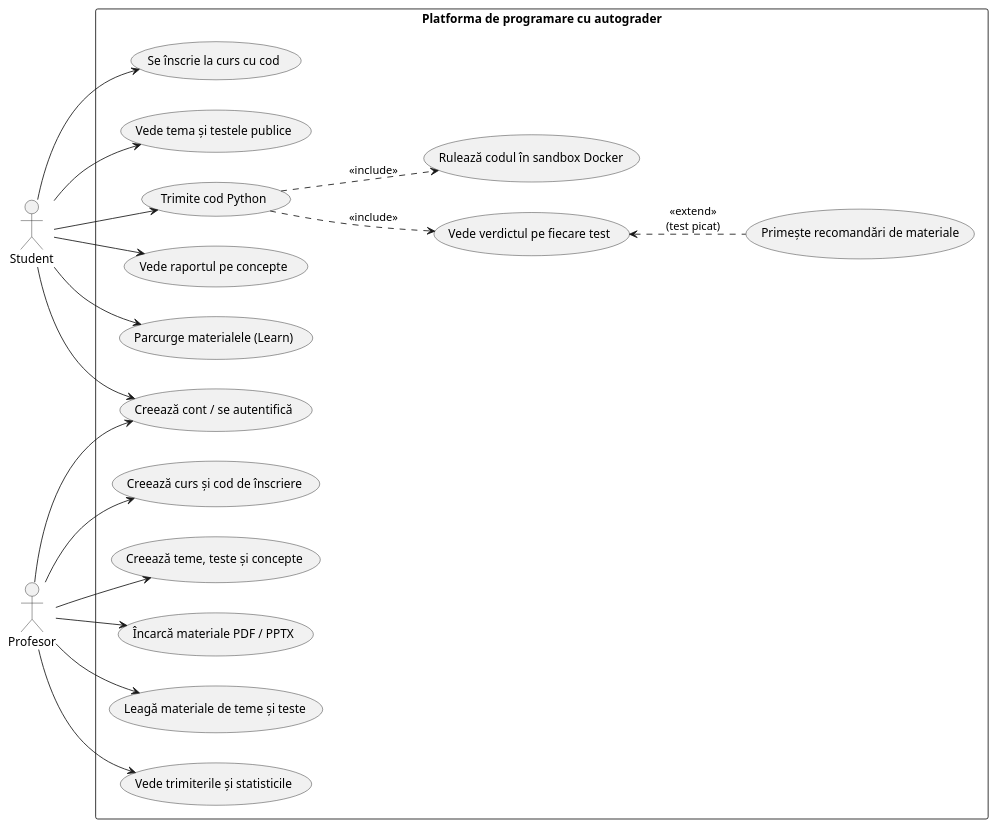
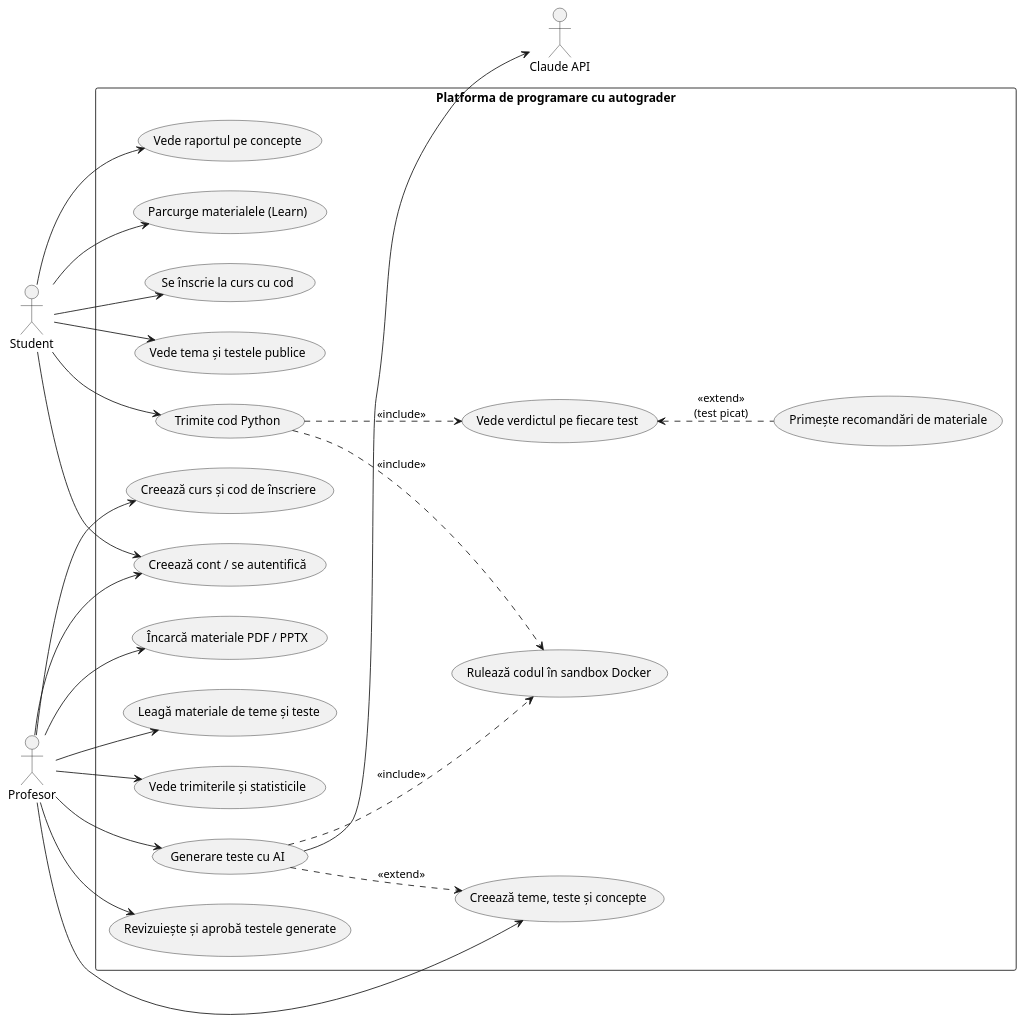
Before and after one commit to Cataflon/Code-Learning-Platform: the diagram in docs/uml/use-case.puml, drawn with PlantUML. The commit also changed 5 other files, not shown here.

Commit message:
docs: record Step 9 decisions, the generation sequence and how to enable it

```diff
--- a/docs/uml/use-case.puml
+++ b/docs/uml/use-case.puml
@@ -1,44 +1,53 @@
 @startuml use-case
 left to right direction
 skinparam packageStyle rectangle
 
 actor Student
 actor Profesor as Teacher
 
 rectangle "Platforma de programare cu autograder" {
   usecase "Creează cont / se autentifică" as UC1
   usecase "Se înscrie la curs cu cod" as UC2
   usecase "Vede tema și testele publice" as UC3
   usecase "Trimite cod Python" as UC4
   usecase "Vede verdictul pe fiecare test" as UC5
   usecase "Vede raportul pe concepte" as UC6
   usecase "Parcurge materialele (Learn)" as UC7
   usecase "Primește recomandări de materiale" as UC8
 
   usecase "Creează curs și cod de înscriere" as UC10
   usecase "Creează teme, teste și concepte" as UC11
   usecase "Încarcă materiale PDF / PPTX" as UC12
   usecase "Leagă materiale de teme și teste" as UC13
   usecase "Vede trimiterile și statisticile" as UC14
+  usecase "Generare teste cu AI" as UC15
+  usecase "Revizuiește și aprobă testele generate" as UC16
 
   usecase "Rulează codul în sandbox Docker" as UC20
 }
 
 Student --> UC1
 Student --> UC2
 Student --> UC3
 Student --> UC4
 Student --> UC6
 Student --> UC7
 
 Teacher --> UC1
 Teacher --> UC10
 Teacher --> UC11
 Teacher --> UC12
 Teacher --> UC13
 Teacher --> UC14
+Teacher --> UC15
+Teacher --> UC16
+
+actor "Claude API" as Claude
+UC15 --> Claude
+UC15 ..> UC11 : <<extend>>
+UC15 ..> UC20 : <<include>>
 
 UC4 ..> UC20 : <<include>>
 UC4 ..> UC5 : <<include>>
 UC5 <.. UC8 : <<extend>>\n(test picat)
 @enduml
```
